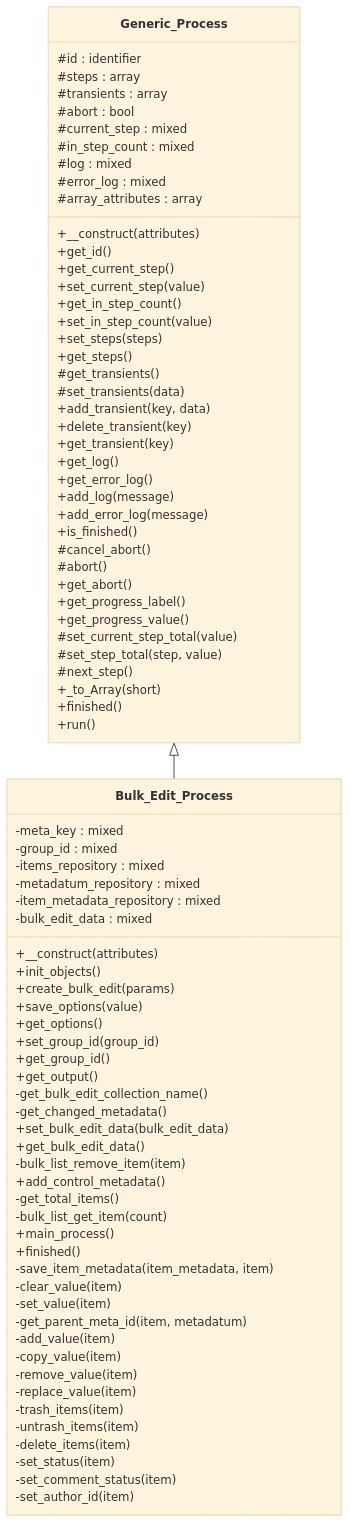
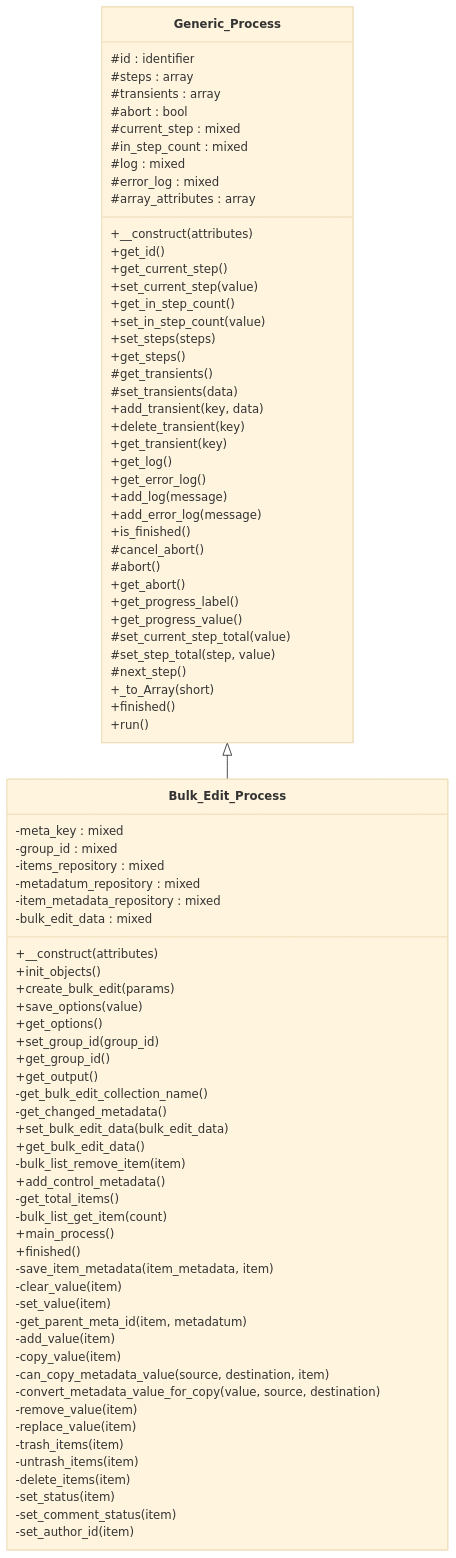
Before and after one commit to tainacan/tainacan: the diagram in docs/phpdoc/classes/Tainacan/GenericProcess/Bulk_Edit_Process.md, drawn with Mermaid (base theme). The commit also changed other lines of this file and 10 other files, not shown here.

```diff
--- a/docs/phpdoc/classes/Tainacan/GenericProcess/Bulk_Edit_Process.md
+++ b/docs/phpdoc/classes/Tainacan/GenericProcess/Bulk_Edit_Process.md
@@ -41,6 +41,8 @@
         -get_parent_meta_id(item, metadatum)
         -add_value(item)
         -copy_value(item)
+        -can_copy_metadata_value(source, destination, item)
+        -convert_metadata_value_for_copy(value, source, destination)
         -remove_value(item)
         -replace_value(item)
         -trash_items(item)
```
